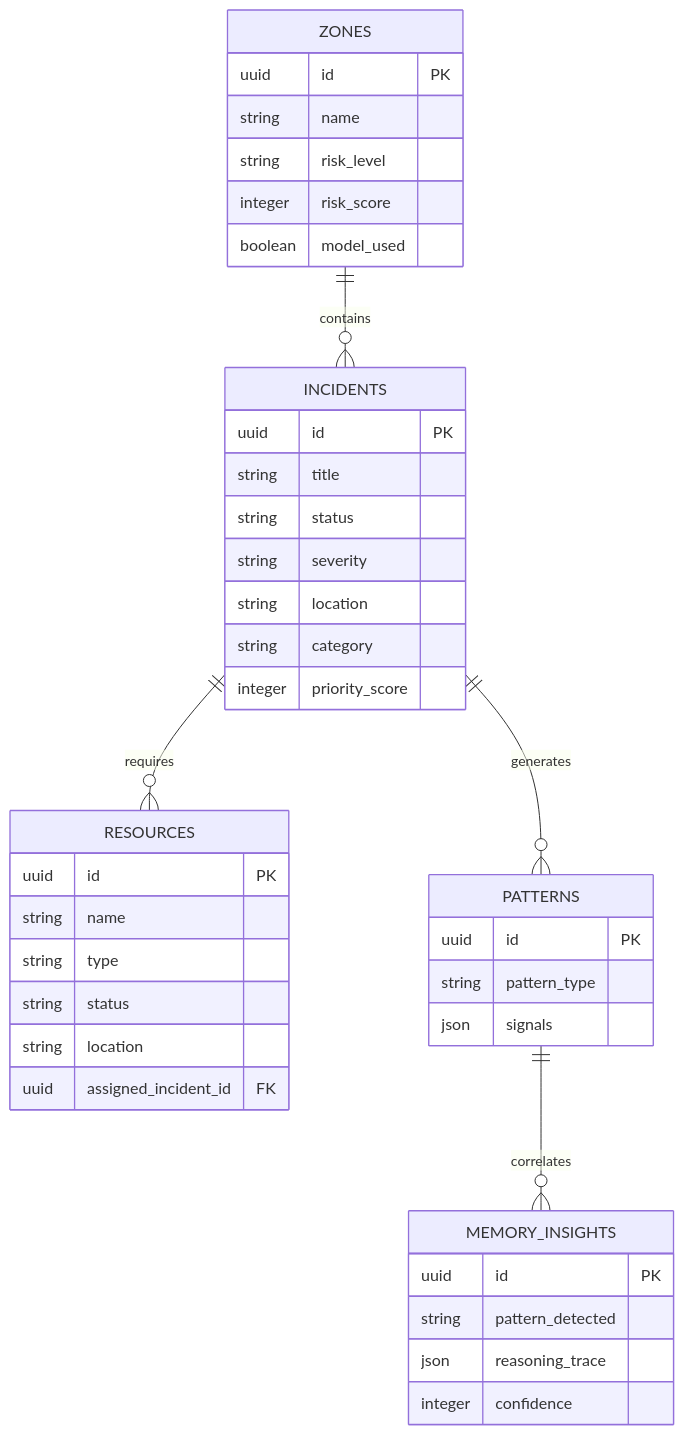
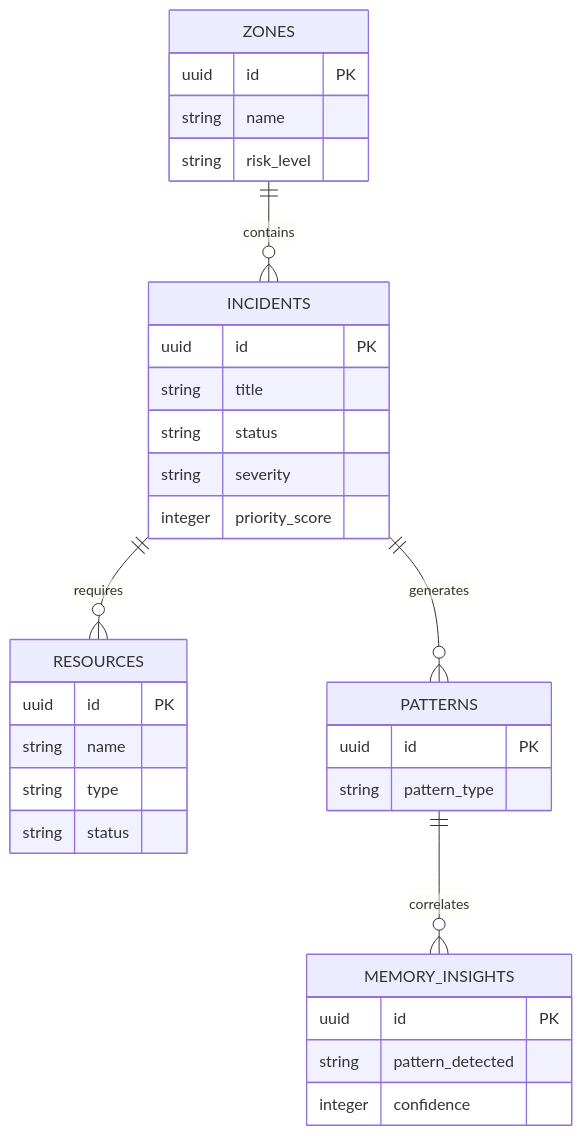
Before and after one commit to somiya-namdeo/Trinetra-AI: the fourth of 4 diagrams in README.md, drawn with Mermaid. The commit also changed other lines of this file, not shown here.

````diff
--- a/README.md
+++ b/README.md
@@ -150,47 +179,39 @@
 ```mermaid
 erDiagram
+    ZONES ||--o{ INCIDENTS : contains
     INCIDENTS ||--o{ RESOURCES : requires
-    ZONES ||--o{ INCIDENTS : contains
     INCIDENTS ||--o{ PATTERNS : generates
     PATTERNS ||--o{ MEMORY_INSIGHTS : correlates
+    
+    ZONES {
+        uuid id PK
+        string name
+        string risk_level
+    }
     
     INCIDENTS {
         uuid id PK
         string title
         string status
         string severity
-        string location
-        string category
         integer priority_score
     }
     
     RESOURCES {
         uuid id PK
         string name
         string type
         string status
-        string location
-        uuid assigned_incident_id FK
-    }
-    
-    ZONES {
-        uuid id PK
-        string name
-        string risk_level
-        integer risk_score
-        boolean model_used
     }
     
     PATTERNS {
         uuid id PK
         string pattern_type
-        json signals
     }
     
     MEMORY_INSIGHTS {
         uuid id PK
         string pattern_detected
-        json reasoning_trace
         integer confidence
     }
 ```
````
